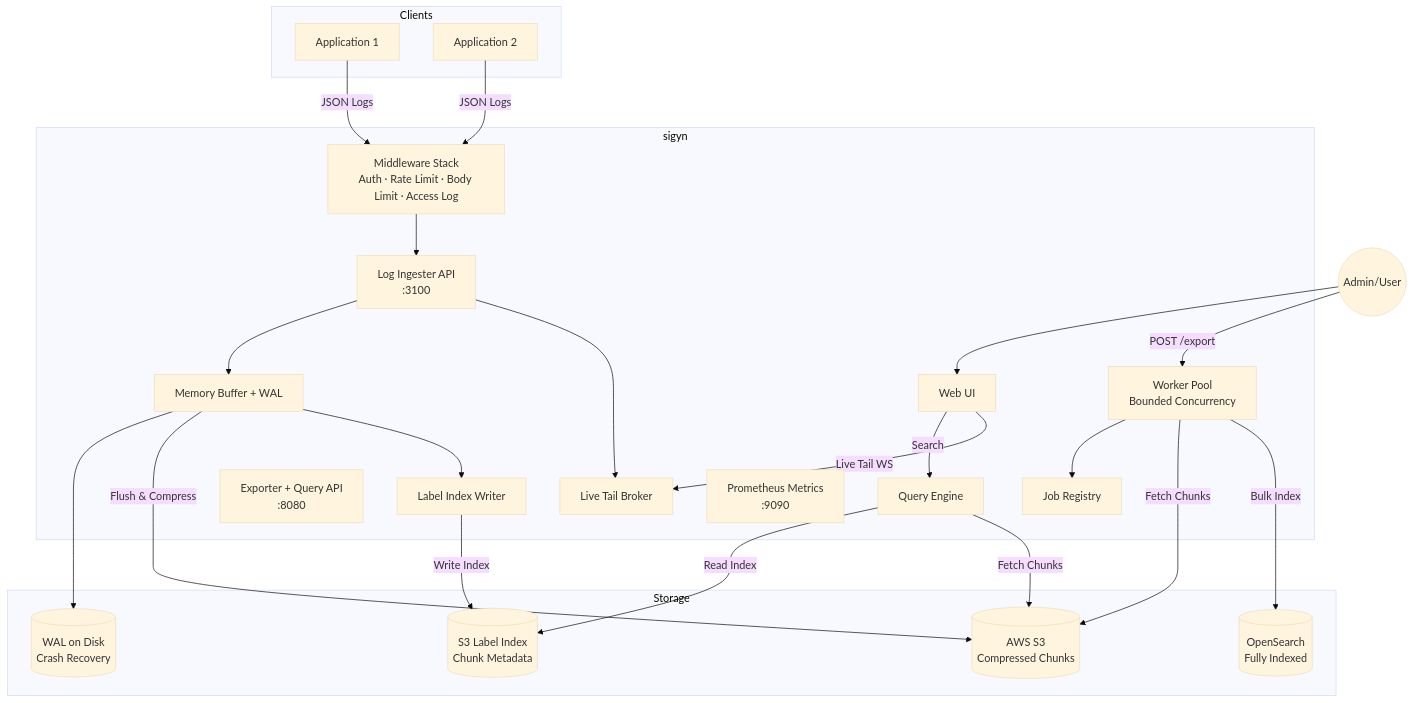
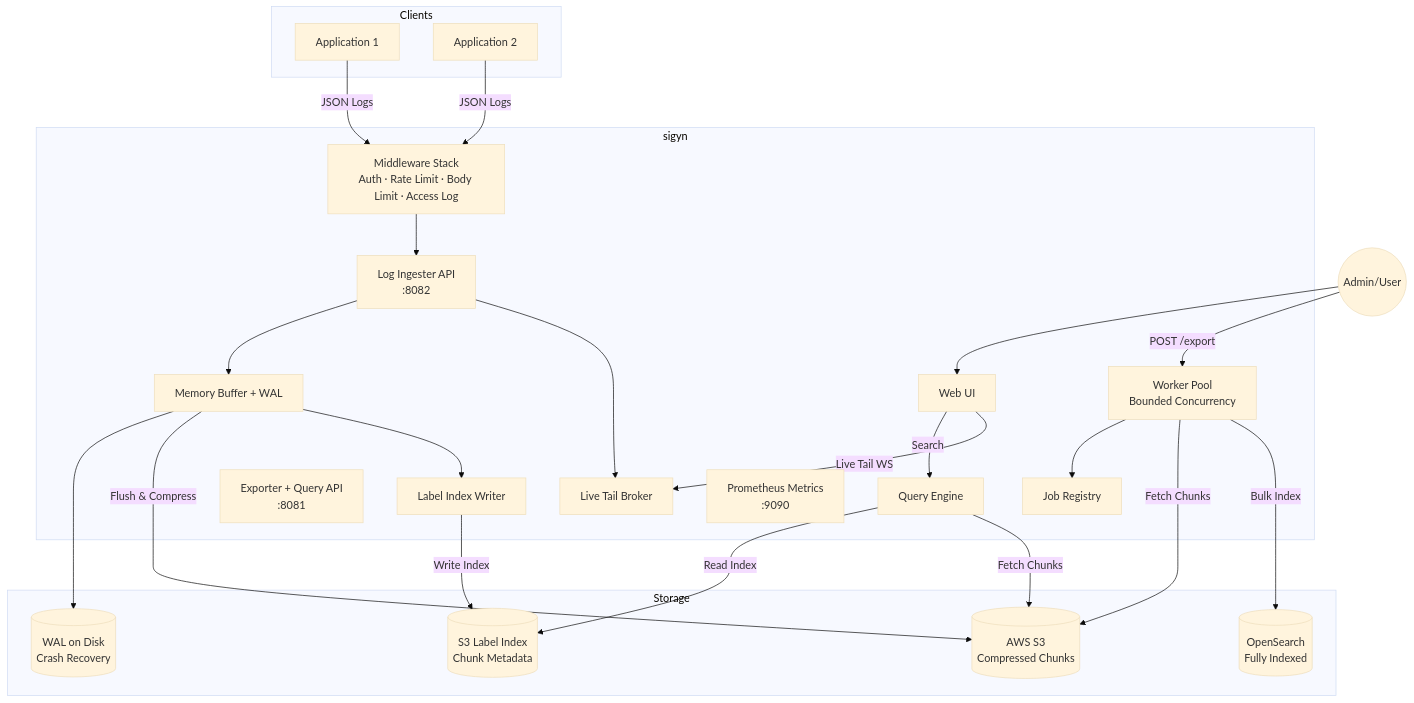
The first of 2 diagrams in README.md (jshure/sigyn), drawn with Mermaid (base theme) before and after one commit. The commit also changed other lines of this file and 3 other files, not shown here.

````diff
--- a/README.md
+++ b/README.md
@@ -7,49 +7,49 @@
 ```mermaid
 graph TD
     subgraph Clients
         App1[Application 1]
         App2[Application 2]
     end
 
     subgraph "sigyn"
         MW[Middleware Stack<br/>Auth · Rate Limit · Body Limit · Access Log]
-        Ingester[Log Ingester API<br/>:3100]
+        Ingester[Log Ingester API<br/>:8082]
         Buffer[Memory Buffer + WAL]
         Broker[Live Tail Broker]
         IdxWriter[Label Index Writer]
-        Exporter[Exporter + Query API<br/>:8080]
+        Exporter[Exporter + Query API<br/>:8081]
         Pool[Worker Pool<br/>Bounded Concurrency]
         Registry[Job Registry]
         QueryEngine[Query Engine]
         WebUI[Web UI]
         Metrics[Prometheus Metrics<br/>:9090]
     end
 
     subgraph Storage
         S3[(AWS S3<br/>Compressed Chunks)]
         Idx[(S3 Label Index<br/>Chunk Metadata)]
         OS[(OpenSearch<br/>Fully Indexed)]
         WAL[(WAL on Disk<br/>Crash Recovery)]
     end
 
     App1 -->|JSON Logs| MW
     App2 -->|JSON Logs| MW
     MW --> Ingester
     Ingester --> Buffer
     Ingester --> Broker
     Buffer --> WAL
     Buffer -->|Flush & Compress| S3
     Buffer --> IdxWriter
     IdxWriter -->|Write Index| Idx
 
     Admin((Admin/User)) --> WebUI
     WebUI -->|Search| QueryEngine
     WebUI -->|Live Tail WS| Broker
     QueryEngine -->|Read Index| Idx
     QueryEngine -->|Fetch Chunks| S3
 
     Admin -->|POST /export| Pool
     Pool --> Registry
     Pool -->|Fetch Chunks| S3
     Pool -->|Bulk Index| OS
 ```
````
